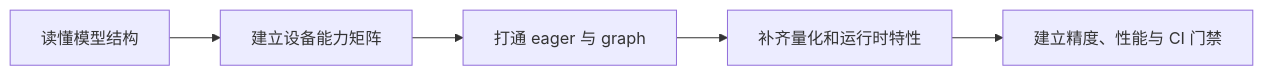
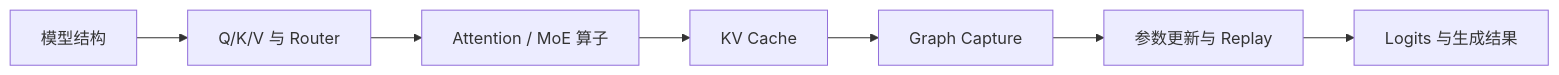
The diagram in docs/gemma4_all/README.md (Alex-stack-hub/vllm-ascend), drawn with Mermaid before and after one commit. The commit also changed other lines of this file and 6 other files, not shown here.

````diff
--- a/docs/gemma4_all/README.md
+++ b/docs/gemma4_all/README.md
@@ -30,7 +40,9 @@
 ```mermaid
 flowchart LR
-    A["读懂模型结构"] --> B["建立设备能力矩阵"]
-    B --> C["打通 eager 与 graph"]
-    C --> D["补齐量化和运行时特性"]
-    D --> E["建立精度、性能与 CI 门禁"]
+    A["模型结构"] --> B["Q/K/V 与 Router"]
+    B --> C["Attention / MoE 算子"]
+    C --> D["KV Cache"]
+    D --> E["Graph Capture"]
+    E --> F["参数更新与 Replay"]
+    F --> G["Logits 与生成结果"]
 ```
````
